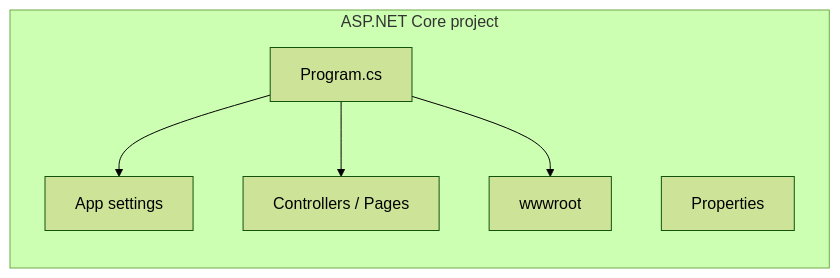
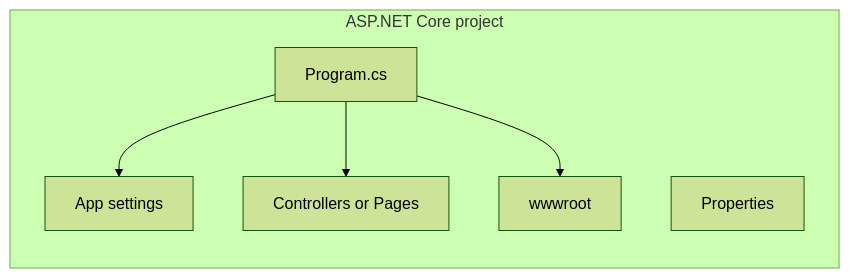
One commit to sridharpolepalli/dotnet-learn changed the ninth of 19 diagrams in ASP.NET-Core-Network-HTTP-Guide.md. Above: the diagram before and after it, drawn with Mermaid (forest theme). The commit also changed other lines of this file and 1 other file, not shown here.

Commit message:
fixing the mermaid issues

````diff
--- a/ASP.NET-Core-Network-HTTP-Guide.md
+++ b/ASP.NET-Core-Network-HTTP-Guide.md
@@ -510,13 +510,13 @@
 ```mermaid
 flowchart LR
     subgraph Project["ASP.NET Core project"]
         P[Program.cs]
         App[App settings]
-        Cont[Controllers / Pages]
+        Cont["Controllers or Pages"]
         WWW[wwwroot]
         Prop[Properties]
     end
     P --> App
     P --> Cont
     P --> WWW
 ```
````
